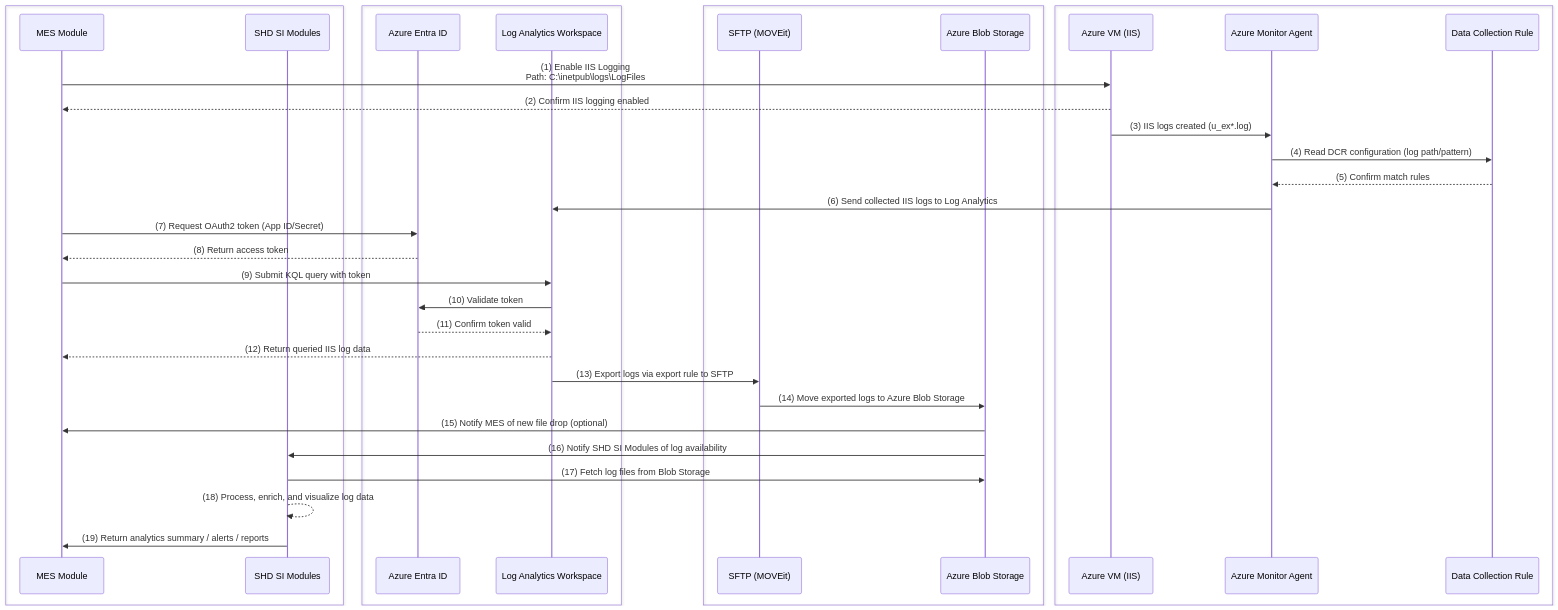
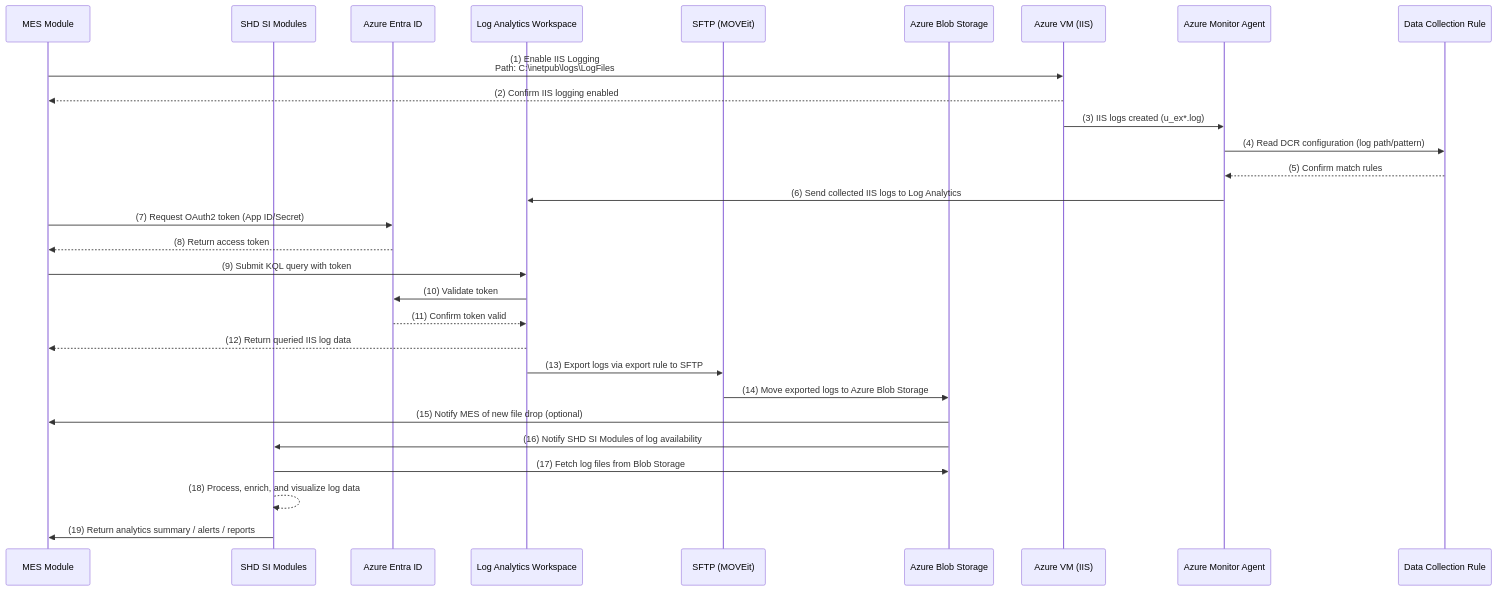
Before and after one commit to oigbokwe73/Azure-Policy-On-Resource-Group: the first of 3 diagrams in README.md, drawn with Mermaid. The commit also changed other lines of this file, not shown here.

````diff
--- a/README.md
+++ b/README.md
@@ -18,62 +7,47 @@
 ```mermaid
 sequenceDiagram
-    %% === Consumer Layer ===
-    box #fffde7:Consumer Layer (MES & SHD)
-        participant MES as MES Module
-        participant SHD as SHD SI Modules
-    end
-
-    %% === Azure Identity & Monitoring Services Layer ===
-    box #e3f2fd:Azure Identity & Monitoring
-        participant Entra as Azure Entra ID
-        participant LAW as Log Analytics Workspace
-    end
-
-    %% === Log Delivery & Storage Layer ===
-    box #e8f5e9:Log Delivery & Processing
-        participant MOVEit as SFTP (MOVEit)
-        participant Storage as Azure Blob Storage
-    end
-
-    %% === Data Collection Layer ===
-    box #f4f4f4:Data Collection
-        participant VM as Azure VM (IIS)
-        participant AMA as Azure Monitor Agent
-        participant DCR as Data Collection Rule
-    end
+    participant MES as MES Module
+    participant SHD as SHD SI Modules
+    participant Entra as Azure Entra ID
+    participant LAW as Log Analytics Workspace
+    participant MOVEit as SFTP (MOVEit)
+    participant Storage as Azure Blob Storage
+    participant VM as Azure VM (IIS)
+    participant AMA as Azure Monitor Agent
+    participant DCR as Data Collection Rule
 
     %% --- Initial MES-driven actions ---
     MES->>VM: (1) Enable IIS Logging<br/>Path: C:\inetpub\logs\LogFiles
     VM-->>MES: (2) Confirm IIS logging enabled
 
     %% --- AMA detects logs ---
     VM->>AMA: (3) IIS logs created (u_ex*.log)
     AMA->>DCR: (4) Read DCR configuration (log path/pattern)
     DCR-->>AMA: (5) Confirm match rules
 
     %% --- Logs collected ---
     AMA->>LAW: (6) Send collected IIS logs to Log Analytics
 
     %% --- MES authenticates ---
     MES->>Entra: (7) Request OAuth2 token (App ID/Secret)
     Entra-->>MES: (8) Return access token
 
     %% --- MES queries LAW ---
     MES->>LAW: (9) Submit KQL query with token
     LAW->>Entra: (10) Validate token
     Entra-->>LAW: (11) Confirm token valid
     LAW-->>MES: (12) Return queried IIS log data
 
     %% --- Continuous Export via MOVEit ---
     LAW->>MOVEit: (13) Export logs via export rule to SFTP
     MOVEit->>Storage: (14) Move exported logs to Azure Blob Storage
 
     %% --- Storage triggers downstream analytics ---
     Storage->>MES: (15) Notify MES of new file drop (optional)
     Storage->>SHD: (16) Notify SHD SI Modules of log availability
 
     %% --- SHD consumes and processes logs ---
     SHD->>Storage: (17) Fetch log files from Blob Storage
     SHD-->>SHD: (18) Process, enrich, and visualize log data
     SHD->>MES: (19) Return analytics summary / alerts / reports
 ```
````
